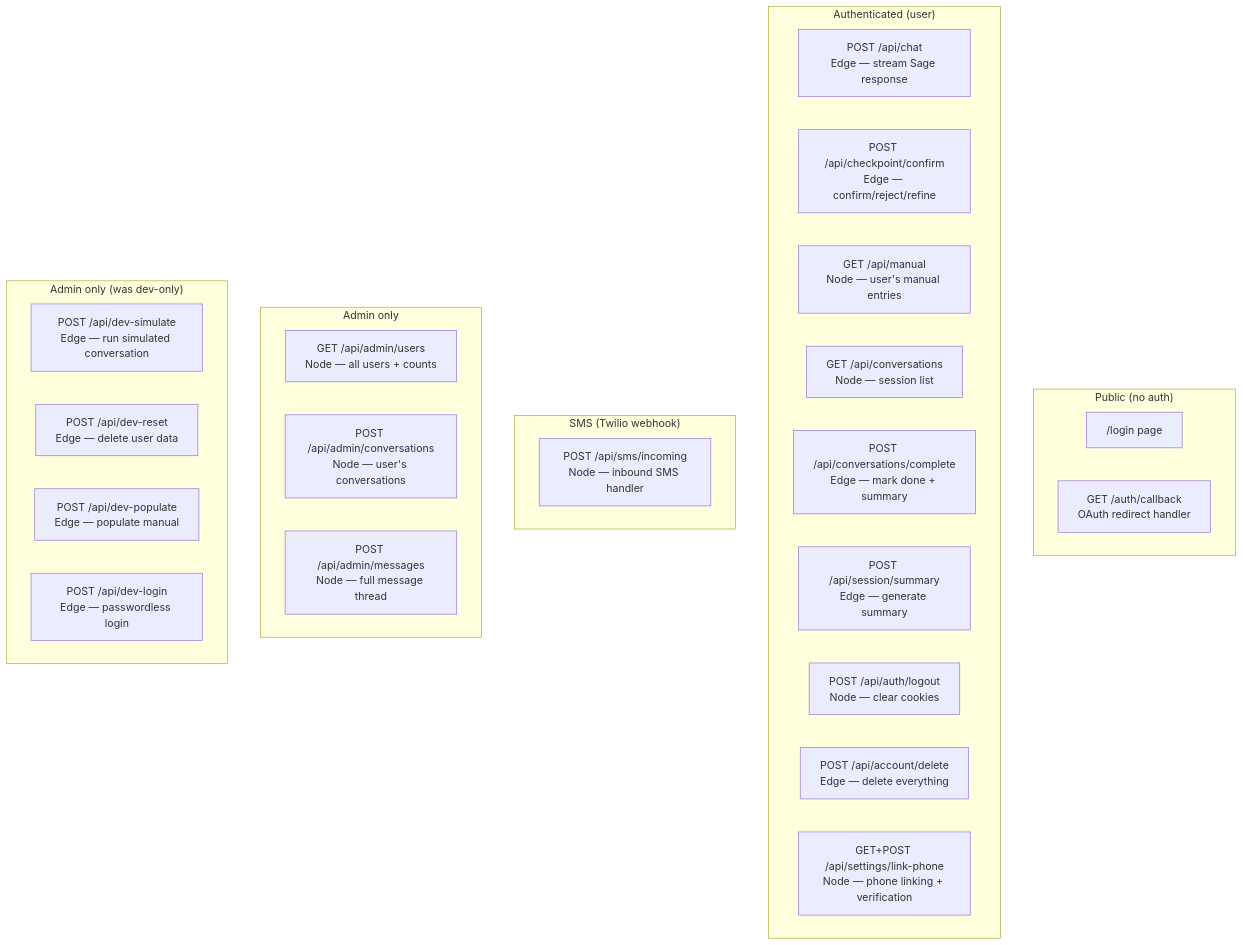
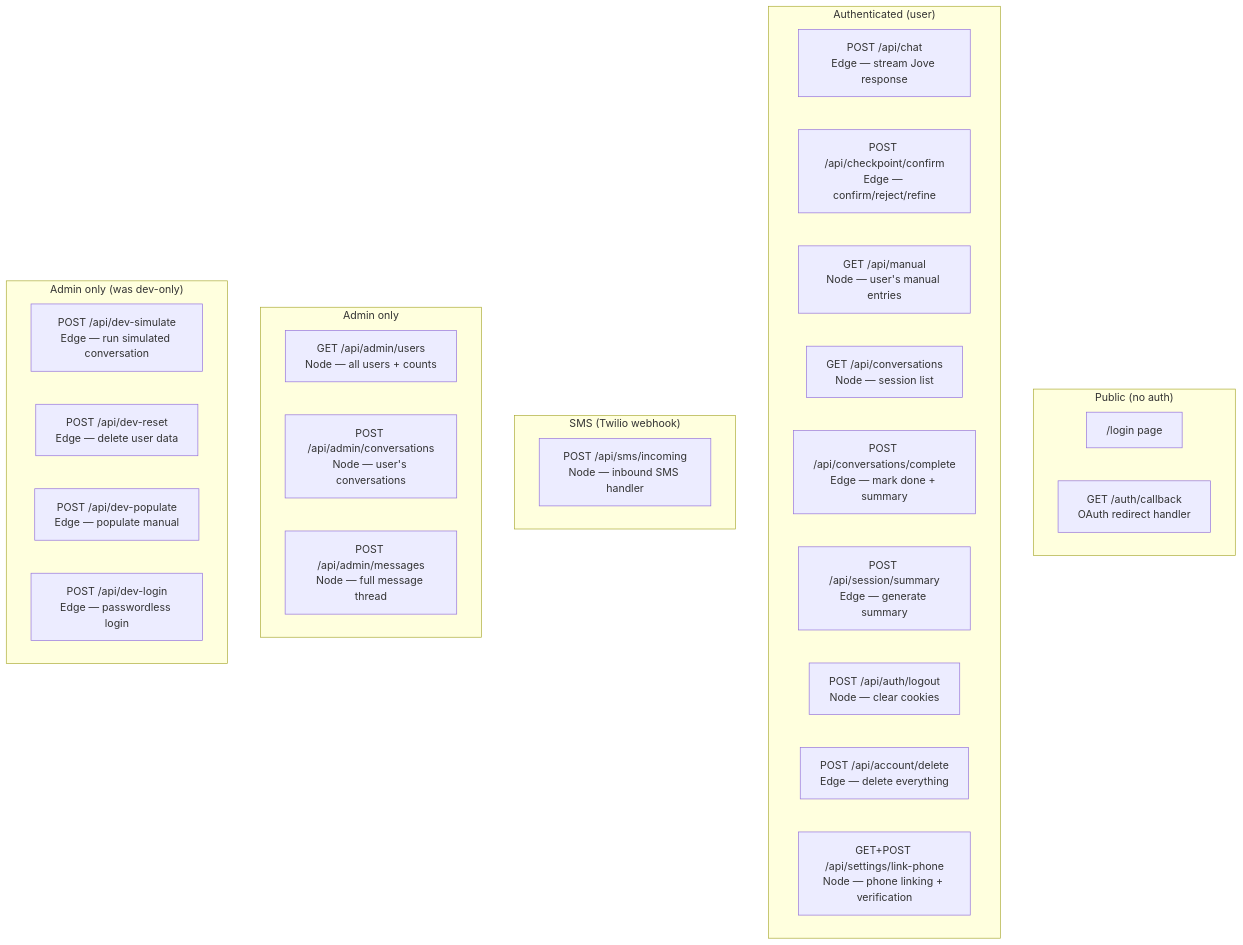
One commit to h2onation/mantle changed the first of 2 diagrams in .claude/diagrams/api-routes.md. Above: the diagram before and after it, drawn with Mermaid. The commit also changed 16 other files, not shown here.

First line of the commit message:
docs: clean up stale Sage/Mantle references post-rename

````diff
--- a/.claude/diagrams/api-routes.md
+++ b/.claude/diagrams/api-routes.md
@@ -5,36 +5,36 @@
 ```mermaid
 flowchart TD
     subgraph Public["Public (no auth)"]
         LOGIN["/login page"]
         CALLBACK["GET /auth/callback<br/>OAuth redirect handler"]
     end
 
     subgraph Authenticated["Authenticated (user)"]
-        CHAT["POST /api/chat<br/>Edge — stream Sage response"]
+        CHAT["POST /api/chat<br/>Edge — stream Jove response"]
         CONFIRM["POST /api/checkpoint/confirm<br/>Edge — confirm/reject/refine"]
         MANUAL["GET /api/manual<br/>Node — user's manual entries"]
         CONVS["GET /api/conversations<br/>Node — session list"]
         COMPLETE["POST /api/conversations/complete<br/>Edge — mark done + summary"]
         SUMMARY["POST /api/session/summary<br/>Edge — generate summary"]
         LOGOUT["POST /api/auth/logout<br/>Node — clear cookies"]
         DELETE["POST /api/account/delete<br/>Edge — delete everything"]
         LINKPHONE["GET+POST /api/settings/link-phone<br/>Node — phone linking + verification"]
     end
 
     subgraph SMS["SMS (Twilio webhook)"]
         SMSIN["POST /api/sms/incoming<br/>Node — inbound SMS handler"]
     end
 
     subgraph Admin["Admin only"]
         AUSERS["GET /api/admin/users<br/>Node — all users + counts"]
         ACONV["POST /api/admin/conversations<br/>Node — user's conversations"]
         AMSG["POST /api/admin/messages<br/>Node — full message thread"]
     end
 
     subgraph Dev["Admin only (was dev-only)"]
         DSIM["POST /api/dev-simulate<br/>Edge — run simulated conversation"]
         DRESET["POST /api/dev-reset<br/>Edge — delete user data"]
         DPOP["POST /api/dev-populate<br/>Edge — populate manual"]
         DLOGIN["POST /api/dev-login<br/>Edge — passwordless login"]
     end
 ```
````
